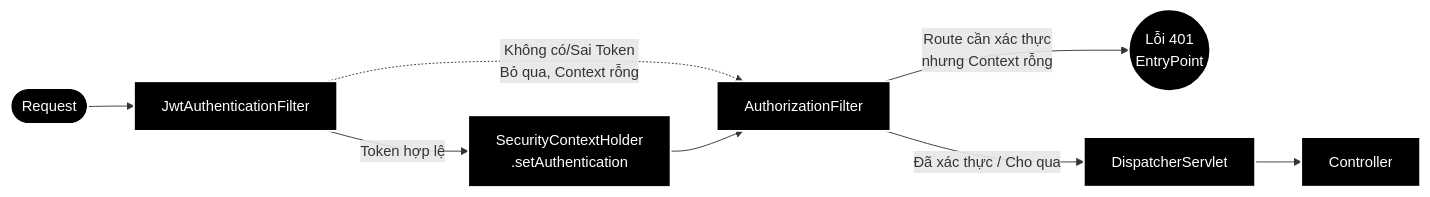
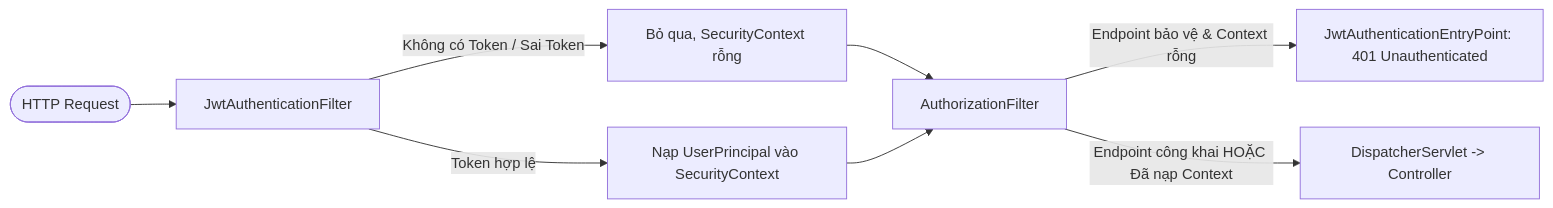
Before and after one commit to meoluoi3/E-wallet: the fourth of 4 diagrams in README.md, drawn with Mermaid. The commit also changed other lines of this file and 2 other files, not shown here.

````diff
--- a/README.md
+++ b/README.md
@@ -347,15 +311,13 @@
 ```mermaid
-graph LR
-    classDef default fill:#000000,color:#ffffff,stroke:#ffffff,stroke-width:2px;
-
-    Req([Request]) --> JWT[JwtAuthenticationFilter]
-
-    JWT -.->|Không có/Sai Token\nBỏ qua, Context rỗng| AuthZ[AuthorizationFilter]
-    JWT -->|Token hợp lệ| SCH[SecurityContextHolder\n.setAuthentication]
-    SCH --> AuthZ
-
-    AuthZ -->|Route cần xác thực\nnhưng Context rỗng| E401((Lỗi 401\nEntryPoint))
-    AuthZ -->|Đã xác thực / Cho qua| DS[DispatcherServlet]
-
-    DS --> Ctrl[Controller]
+flowchart LR
+    Request([HTTP Request]) --> JWTFilter[JwtAuthenticationFilter]
+    
+    JWTFilter -->|Không có Token / Sai Token| EmptyContext[Bỏ qua, SecurityContext rỗng]
+    JWTFilter -->|Token hợp lệ| SetContext[Nạp UserPrincipal vào SecurityContext]
+    
+    EmptyContext --> AuthZ[AuthorizationFilter]
+    SetContext --> AuthZ
+    
+    AuthZ -->|Endpoint bảo vệ & Context rỗng| E401[JwtAuthenticationEntryPoint: 401 Unauthenticated]
+    AuthZ -->|Endpoint công khai HOẶC Đã nạp Context| Controller[DispatcherServlet -> Controller]
 ```
````
